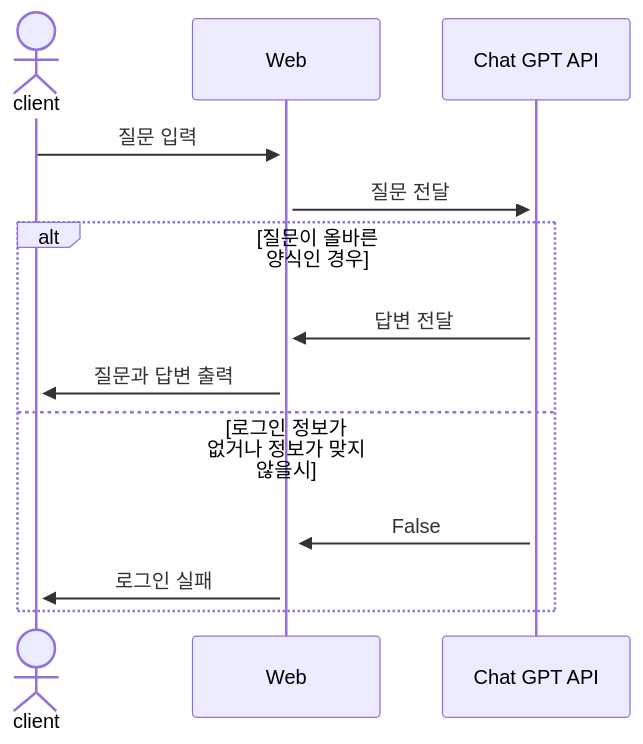
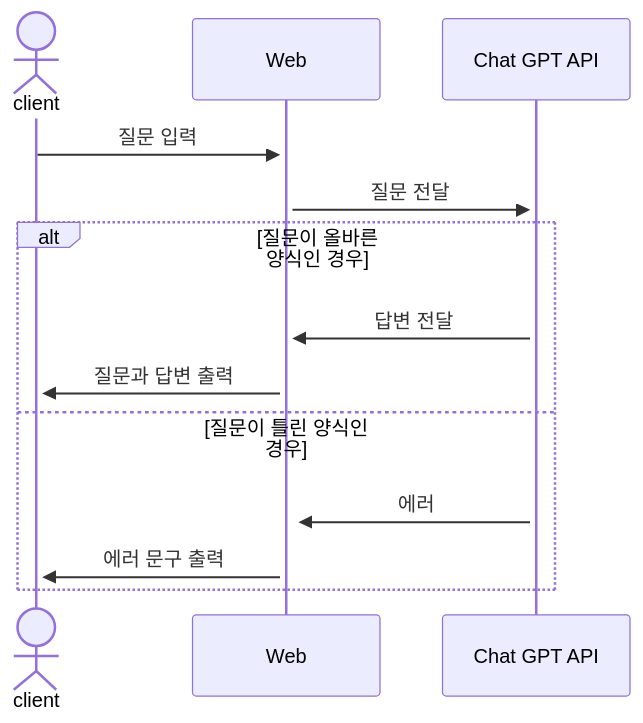
One commit to TheRealParkJoohyung/product-pricing changed the diagram in README.md. Above: the diagram before and after it, drawn with Mermaid.

````diff
--- a/README.md
+++ b/README.md
@@ -29,15 +29,15 @@
 ```mermaid
     sequenceDiagram
     actor A as client
     participant B as Web
     participant C as Chat GPT API
     A->>+B: 질문 입력
     B->>+C: 질문 전달
     alt 질문이 올바른 양식인 경우 
     C->>+B: 답변 전달
     B->>+A: 질문과 답변 출력
-    else 로그인 정보가 없거나 정보가 맞지 않을시
-    C->>+B: False
-    B->>+A: 로그인 실패
+    else 질문이 틀린 양식인 경우
+    C->>+B: 에러
+    B->>+A: 에러 문구 출력
     end
 ```
````
